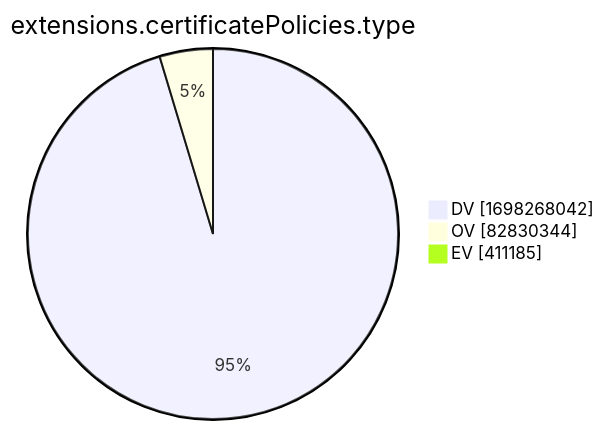
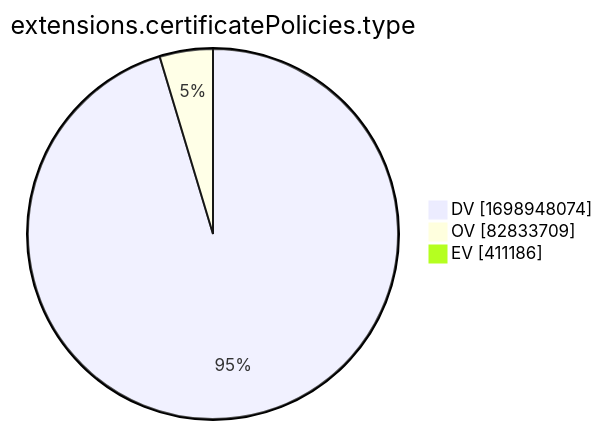
One commit to christiankrug/ctmonitor_visualization changed the tenth of 15 diagrams in xenon2022/README.md. Above: the diagram before and after it, drawn with Mermaid. The commit also changed other lines of this file, not shown here.

````diff
--- a/xenon2022/README.md
+++ b/xenon2022/README.md
@@ -2881,7 +2881,7 @@
 ```mermaid
 pie showData
 title extensions.certificatePolicies.type
-"DV" :1698268042
-"OV" :82830344
-"EV" :411185
+"DV" :1698948074
+"OV" :82833709
+"EV" :411186
 ```
````
